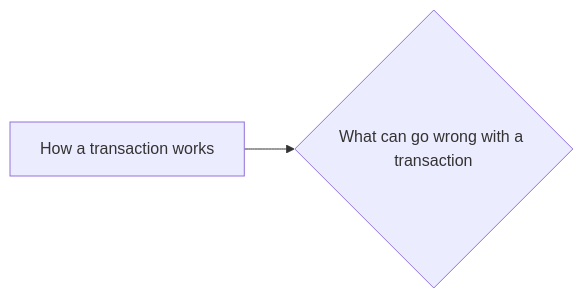
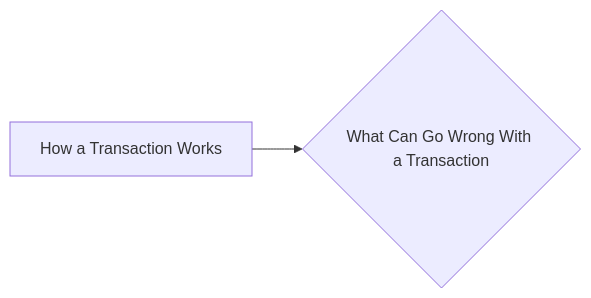
Before and after one commit to lpurdy01/crypto-knowledge-map: the diagram in notes/What_Can_Go_Wrong_With_a_Transaction.md, drawn with Mermaid. The commit also changed 50 other files, not shown here.

````diff
--- a/notes/What_Can_Go_Wrong_With_a_Transaction.md
+++ b/notes/What_Can_Go_Wrong_With_a_Transaction.md
@@ -6,4 +6,4 @@
 ```mermaid
 graph LR
-1["How a transaction works"]-->0{"What can go wrong with a transaction"}
+1["How a Transaction Works"]-->0{"What Can Go Wrong With a Transaction"}
 ```
````
